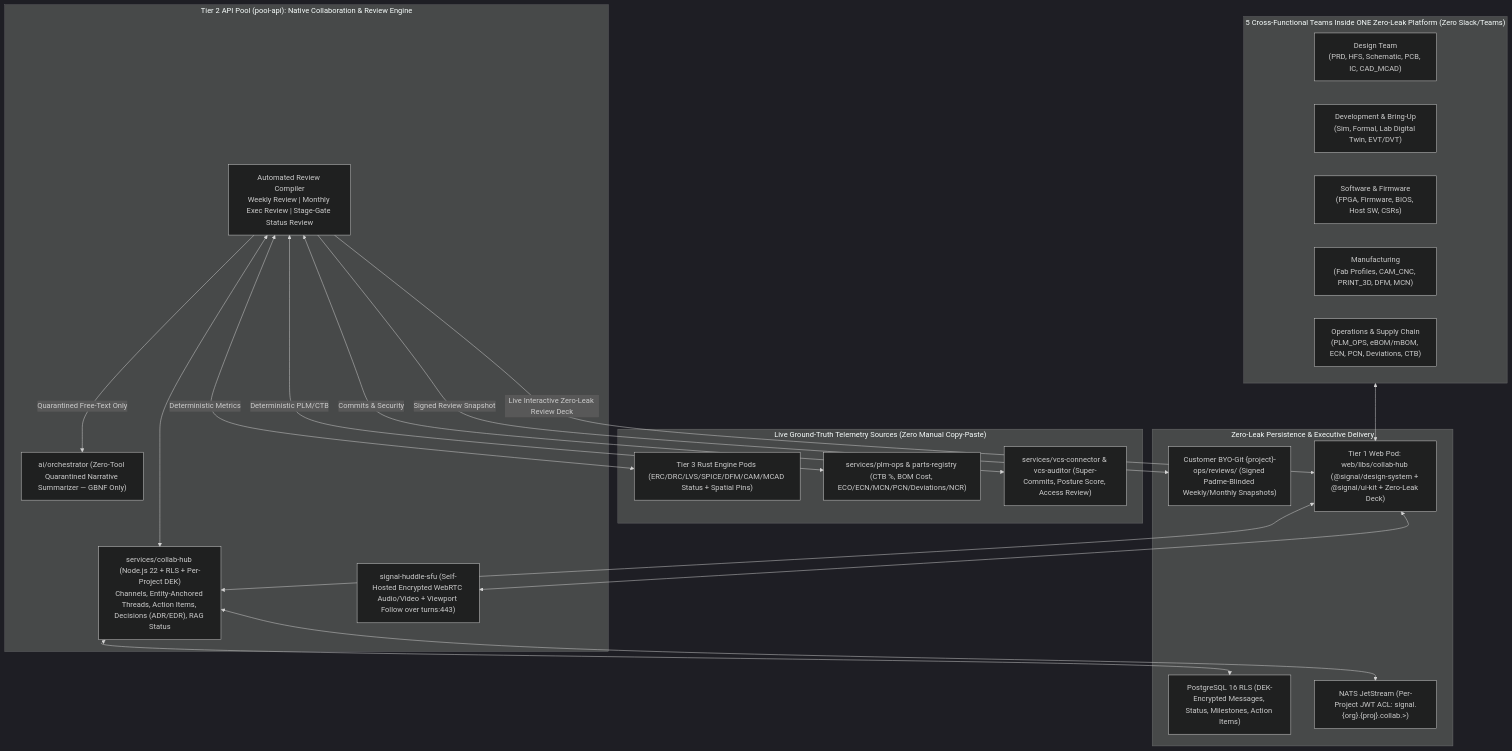
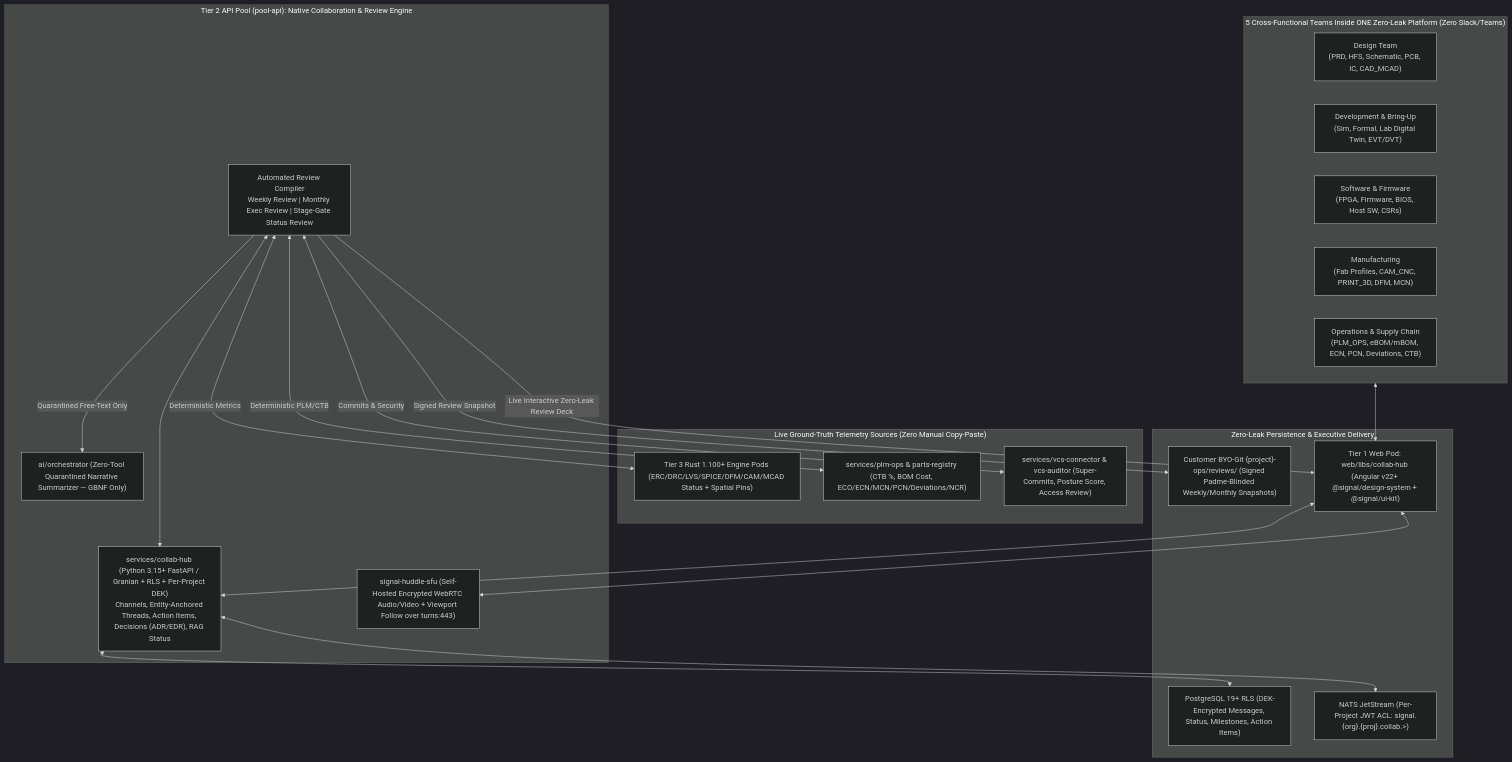
Before and after one commit to the-code-master/signal: the diagram in architecture/21-collaboration-space-project-status-and-automated-reviews.md, drawn with Mermaid (dark theme). The commit also changed other lines of this file and 52 other files, not shown here.

Commit message:
docs: enforce Angular v22+, Rust 1.100+, Node 26 LTS+ & adopt Python 3.15+ FastAPI Control Plane (ADR-002)

````diff
--- a/architecture/21-collaboration-space-project-status-and-automated-reviews.md
+++ b/architecture/21-collaboration-space-project-status-and-automated-reviews.md
@@ -19,43 +19,43 @@
 ```mermaid
 flowchart TB
     subgraph Teams["5 Cross-Functional Teams Inside ONE Zero-Leak Platform (Zero Slack/Teams)"]
         T1["Design Team\n(PRD, HFS, Schematic, PCB, IC, CAD_MCAD)"]
         T2["Development & Bring-Up\n(Sim, Formal, Lab Digital Twin, EVT/DVT)"]
         T3["Software & Firmware\n(FPGA, Firmware, BIOS, Host SW, CSRs)"]
         T4["Manufacturing\n(Fab Profiles, CAM_CNC, PRINT_3D, DFM, MCN)"]
         T5["Operations & Supply Chain\n(PLM_OPS, eBOM/mBOM, ECN, PCN, Deviations, CTB)"]
     end
 
     subgraph CollabTier["Tier 2 API Pool (pool-api): Native Collaboration & Review Engine"]
-        CollabSvc["services/collab-hub (Node.js 22 + RLS + Per-Project DEK)\nChannels, Entity-Anchored Threads, Action Items, Decisions (ADR/EDR), RAG Status"]
+        CollabSvc["services/collab-hub (Python 3.15+ FastAPI / Granian + RLS + Per-Project DEK)\nChannels, Entity-Anchored Threads, Action Items, Decisions (ADR/EDR), RAG Status"]
         ReviewGen["Automated Review Compiler\nWeekly Review | Monthly Exec Review | Stage-Gate Status Review"]
         HuddleSFU["signal-huddle-sfu (Self-Hosted Encrypted WebRTC Audio/Video + Viewport Follow over turns:443)"]
         QuarAI["ai/orchestrator (Zero-Tool Quarantined Narrative Summarizer — GBNF Only)"]
     end
 
     subgraph GroundTruth["Live Ground-Truth Telemetry Sources (Zero Manual Copy-Paste)"]
-        RustPod["Tier 3 Rust Engine Pods (ERC/DRC/LVS/SPICE/DFM/CAM/MCAD Status + Spatial Pins)"]
+        RustPod["Tier 3 Rust 1.100+ Engine Pods (ERC/DRC/LVS/SPICE/DFM/CAM/MCAD Status + Spatial Pins)"]
         PlmOps["services/plm-ops & parts-registry (CTB %, BOM Cost, ECO/ECN/MCN/PCN/Deviations/NCR)"]
         GitAudit["services/vcs-connector & vcs-auditor (Super-Commits, Posture Score, Access Review)"]
     end
 
     subgraph Persistence["Zero-Leak Persistence & Executive Delivery"]
-        PG["PostgreSQL 16 RLS (DEK-Encrypted Messages, Status, Milestones, Action Items)"]
+        PG["PostgreSQL 19+ RLS (DEK-Encrypted Messages, Status, Milestones, Action Items)"]
         NATS["NATS JetStream (Per-Project JWT ACL: signal.{org}.{proj}.collab.>)"]
         OpsGit["Customer BYO-Git {project}-ops/reviews/ (Signed Padme-Blinded Weekly/Monthly Snapshots)"]
-        UICollab["Tier 1 Web Pod: web/libs/collab-hub (@signal/design-system + @signal/ui-kit + Zero-Leak Deck)"]
+        UICollab["Tier 1 Web Pod: web/libs/collab-hub (Angular v22+ @signal/design-system + @signal/ui-kit)"]
     end
 
     Teams <--> UICollab
     UICollab <--> CollabSvc
     UICollab <--> HuddleSFU
     CollabSvc <--> PG
     CollabSvc <--> NATS
     ReviewGen <--"Deterministic Metrics"--> RustPod
     ReviewGen <--"Deterministic PLM/CTB"--> PlmOps
     ReviewGen <--"Commits & Security"--> GitAudit
     ReviewGen <--> CollabSvc
     ReviewGen -->|"Quarantined Free-Text Only"| QuarAI
     ReviewGen -->|"Signed Review Snapshot"| OpsGit
     ReviewGen -->|"Live Interactive Zero-Leak Review Deck"| UICollab
 ```
````
